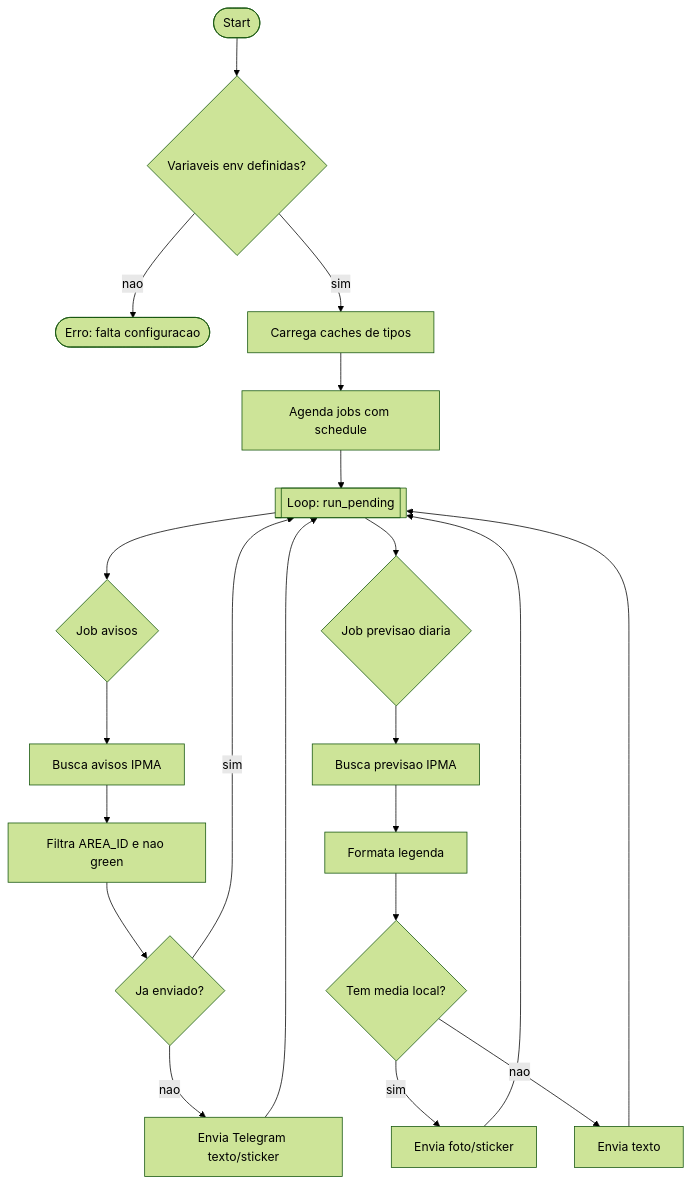
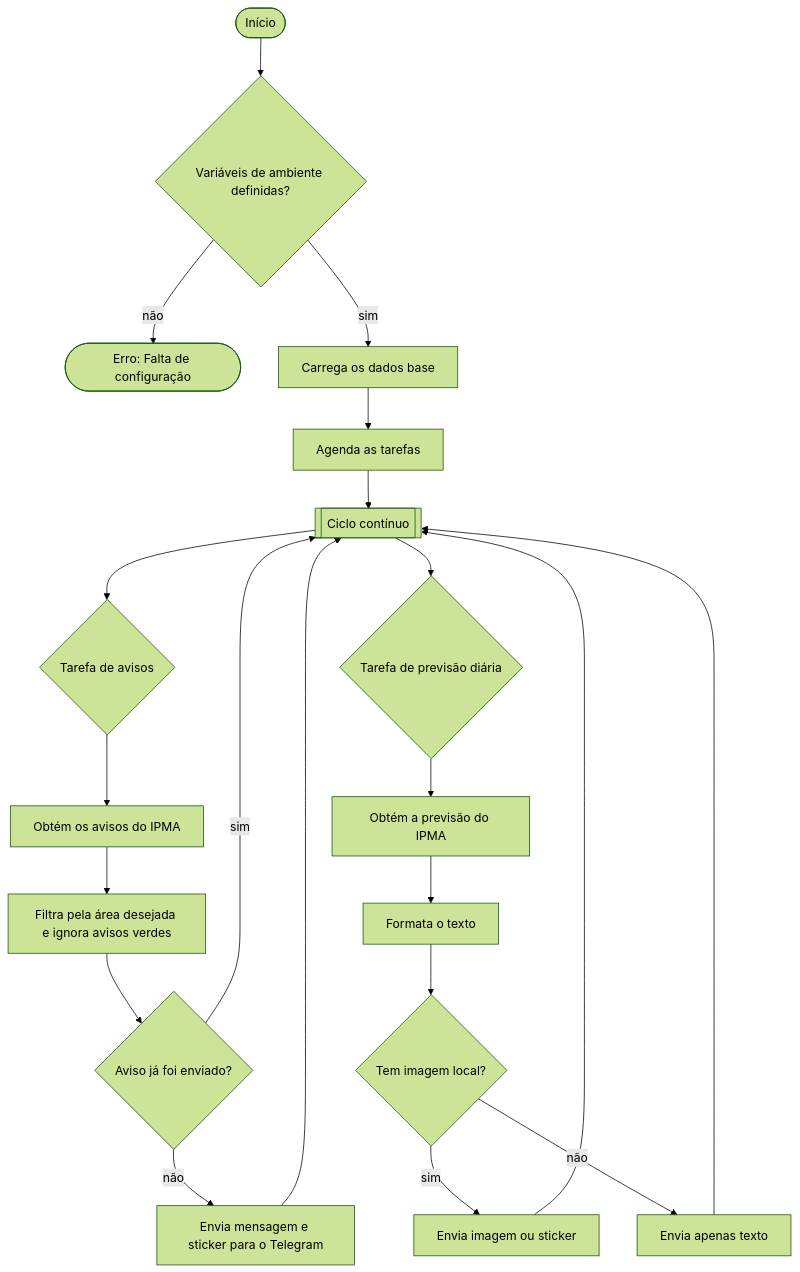
One commit to vitor-gsousa/tg-forecast changed the diagram in README.md. Above: the diagram before and after it, drawn with Mermaid (forest theme). The commit also changed other lines of this file, not shown here.

````diff
--- a/README.md
+++ b/README.md
@@ -72,25 +90,26 @@
 ```mermaid
 flowchart TD
-    start([Start]) --> checkEnv{Variaveis env definidas?}
-    checkEnv -->|nao| stop([Erro: falta configuracao])
-    checkEnv -->|sim| loadCache[Carrega caches de tipos]
-    loadCache --> sched[Agenda jobs com schedule]
-    sched --> loop[[Loop: run_pending]]
-    loop --> warningsJob{Job avisos}
-    loop --> forecastJob{Job previsao diaria}
+    start([Início]) --> checkEnv{Variáveis de ambiente definidas?}
+    checkEnv -->|não| stop([Erro: Falta de configuração])
+    checkEnv -->|sim| loadCache[Carrega os dados base]
+    loadCache --> sched[Agenda as tarefas]
+    sched --> loop[[Ciclo contínuo]]
+    loop --> warningsJob{Tarefa de avisos}
+    loop --> forecastJob{Tarefa de previsão diária}
 
-    warningsJob --> fetchWarn[Busca avisos IPMA]
-    fetchWarn --> filterWarn[Filtra AREA_ID e nao green]
-    filterWarn --> dedup{Ja enviado?}
+    warningsJob --> fetchWarn[Obtém os avisos do IPMA]
+    fetchWarn --> filterWarn[Filtra pela área desejada e ignora avisos verdes]
+    filterWarn --> dedup{Aviso já foi enviado?}
     dedup -->|sim| loop
-    dedup -->|nao| sendWarn[Envia Telegram texto/sticker]
+    dedup -->|não| sendWarn[Envia mensagem e sticker para o Telegram]
     sendWarn --> loop
 
-    forecastJob --> fetchFcst[Busca previsao IPMA]
-    fetchFcst --> formatFcst[Formata legenda]
-    formatFcst --> chooseMedia{Tem media local?}
-    chooseMedia -->|sim| sendMedia[Envia foto/sticker]
-    chooseMedia -->|nao| sendText[Envia texto]
+    forecastJob --> fetchFcst[Obtém a previsão do IPMA]
+    fetchFcst --> formatFcst[Formata o texto]
+    formatFcst --> chooseMedia{Tem imagem local?}
+    chooseMedia -->|sim| sendMedia[Envia imagem ou sticker]
+    chooseMedia -->|não| sendText[Envia apenas texto]
     sendMedia --> loop
     sendText --> loop
+
 ```
````
